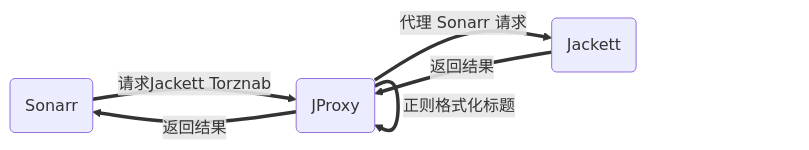
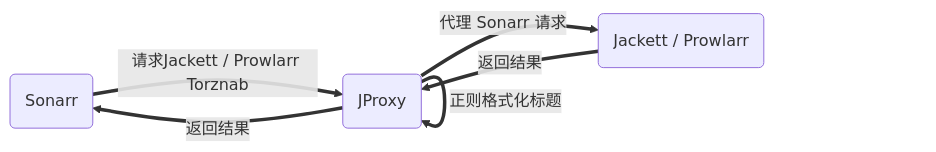
The diagram in README.md (LuckyPuppy514/jproxy), drawn with Mermaid before and after one commit. The commit also changed other lines of this file and 9 other files, not shown here.

````diff
--- a/README.md
+++ b/README.md
@@ -8,6 +8,6 @@
 ```mermaid
 graph LR
-    1[Sonarr] == 请求Jackett Torznab ==> 2(JProxy) == 代理 Sonarr 请求 ==> 3(Jackett) 
-    3(Jackett) == 返回结果 ==> 2(JProxy) == 返回结果 ==> 1(Sonarr)
+    1[Sonarr] == 请求Jackett / Prowlarr Torznab ==> 2(JProxy) == 代理 Sonarr 请求 ==> 3(Jackett / Prowlarr) 
+    3(Jackett / Prowlarr) == 返回结果 ==> 2(JProxy) == 返回结果 ==> 1(Sonarr)
     2(JProxy) == 正则格式化标题 ==> 2(JProxy)
 ```
````
